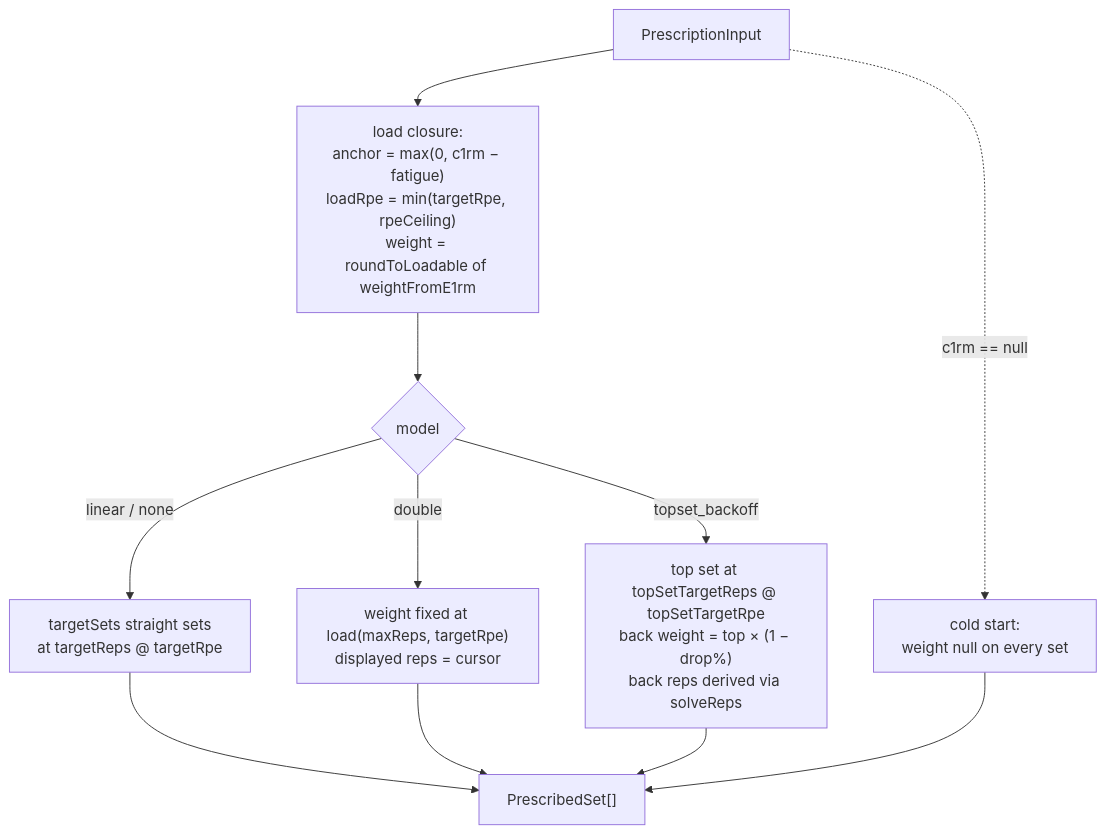
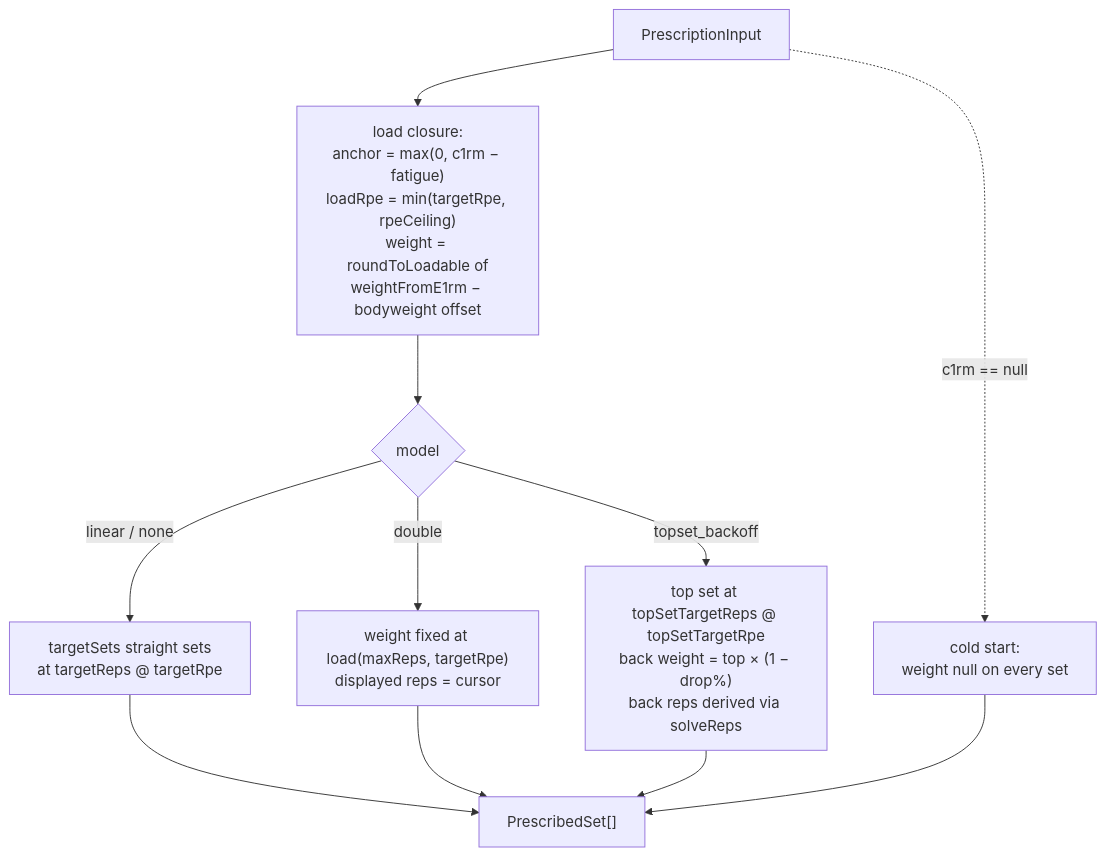
One commit to jthies73/yafa-pwa changed the second of 2 diagrams in docs/execution/prescription-pipeline.md. Above: the diagram before and after it, drawn with Mermaid. The commit also changed other lines of this file and 62 other files, not shown here.

````diff
--- a/docs/execution/prescription-pipeline.md
+++ b/docs/execution/prescription-pipeline.md
@@ -62,13 +61,13 @@
 ```mermaid
 flowchart TD
-    INPUT["PrescriptionInput"] --> LOAD["load closure:<br/>anchor = max(0, c1rm − fatigue)<br/>loadRpe = min(targetRpe, rpeCeiling)<br/>weight = roundToLoadable of weightFromE1rm"]
+    INPUT["PrescriptionInput"] --> LOAD["load closure:<br/>anchor = max(0, c1rm − fatigue)<br/>loadRpe = min(targetRpe, rpeCeiling)<br/>weight = roundToLoadable of<br/>weightFromE1rm − bodyweight offset"]
     LOAD --> DISPATCH{model}
     DISPATCH -->|linear / none| STRAIGHT["targetSets straight sets<br/>at targetReps @ targetRpe"]
     DISPATCH -->|double| DBL["weight fixed at load(maxReps, targetRpe)<br/>displayed reps = cursor"]
     DISPATCH -->|topset_backoff| TOP["top set at topSetTargetReps @ topSetTargetRpe<br/>back weight = top × (1 − drop%)<br/>back reps derived via solveReps"]
     STRAIGHT --> OUT["PrescribedSet[]"]
     DBL --> OUT
     TOP --> OUT
     INPUT -.->|"c1rm == null"| COLD["cold start:<br/>weight null on every set"]
     COLD --> OUT
 ```
````
